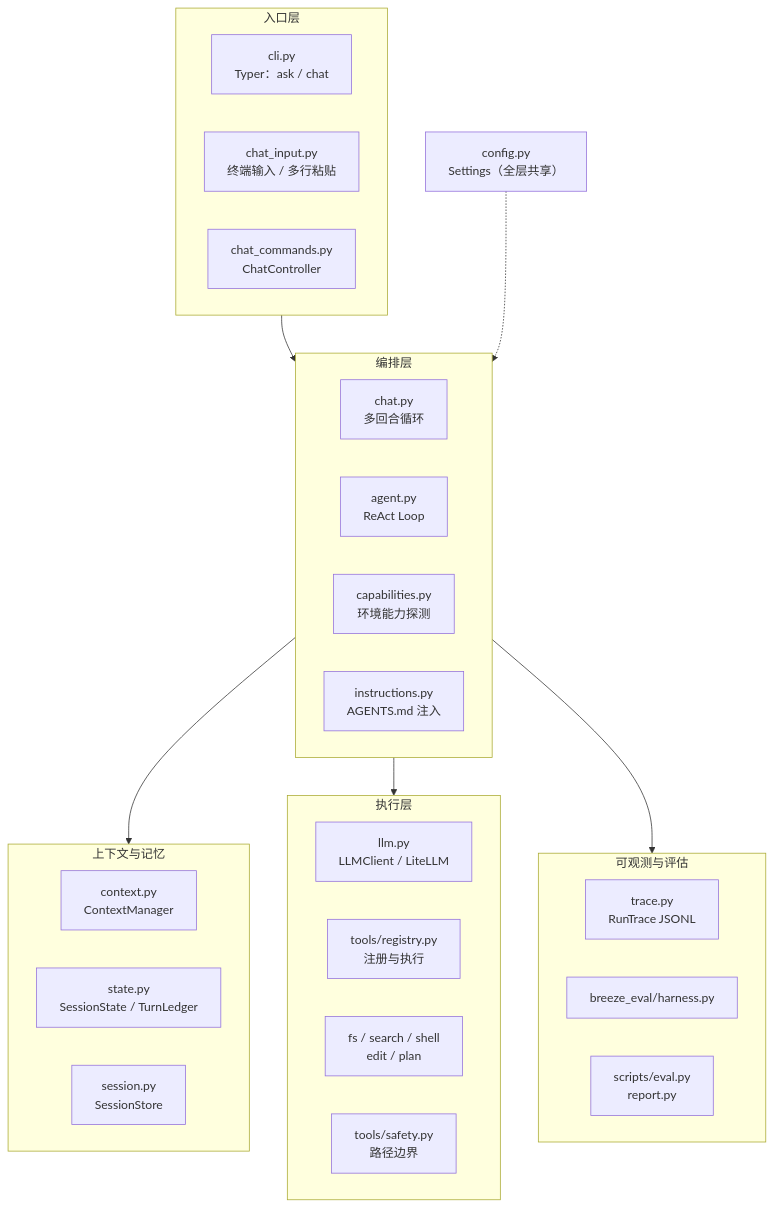
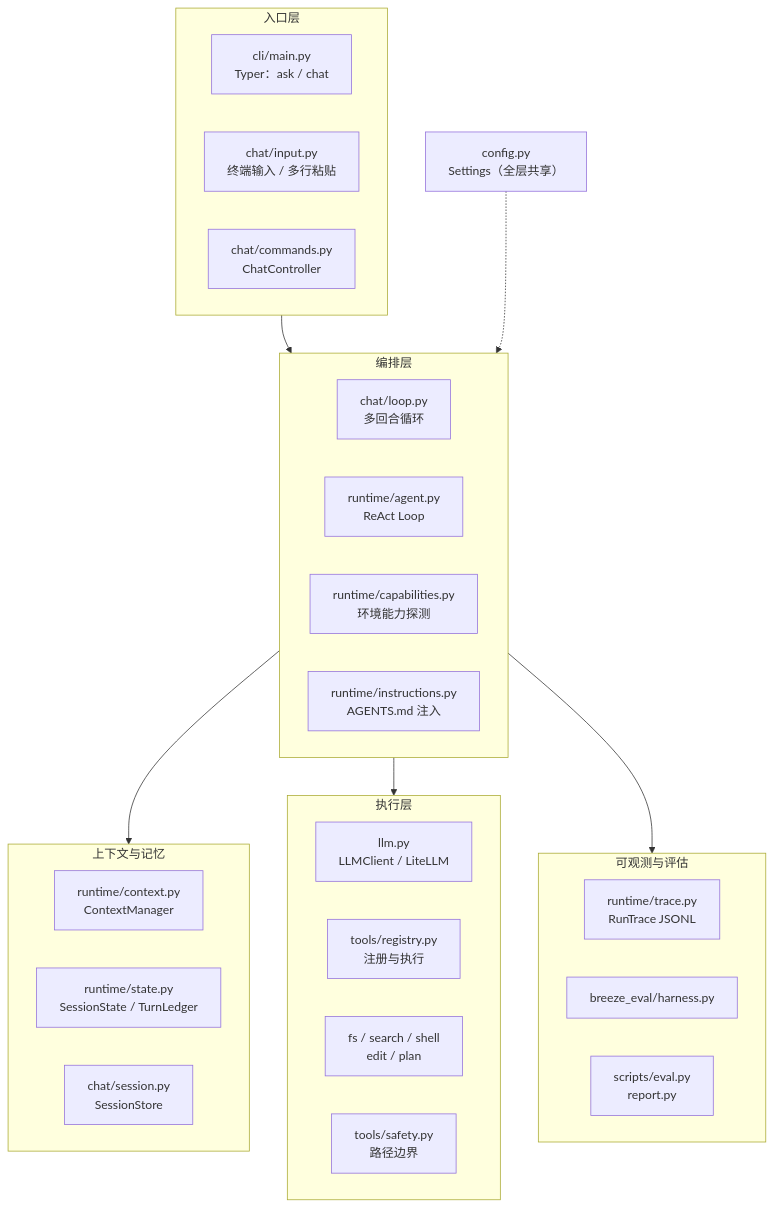
One commit to 573486592837/Breeze changed the first of 11 diagrams in docs/ARCHITECTURE.md. Above: the diagram before and after it, drawn with Mermaid. The commit also changed other lines of this file and 41 other files, not shown here.

First line of the commit message:
refactor(pkg): 按 cli/chat/runtime 子包整理模块

````diff
--- a/docs/ARCHITECTURE.md
+++ b/docs/ARCHITECTURE.md
@@ -24,47 +24,47 @@
 ```mermaid
 flowchart TB
     subgraph L1["入口层"]
         direction LR
-        CLI["cli.py<br/>Typer：ask / chat"]
-        INPUT["chat_input.py<br/>终端输入 / 多行粘贴"]
-        CMD["chat_commands.py<br/>ChatController"]
+        CLI["cli/main.py<br/>Typer：ask / chat"]
+        INPUT["chat/input.py<br/>终端输入 / 多行粘贴"]
+        CMD["chat/commands.py<br/>ChatController"]
     end
 
     subgraph L2["编排层"]
         direction LR
-        CHAT["chat.py<br/>多回合循环"]
-        AGENT["agent.py<br/>ReAct Loop"]
-        CAP["capabilities.py<br/>环境能力探测"]
-        INS["instructions.py<br/>AGENTS.md 注入"]
+        CHAT["chat/loop.py<br/>多回合循环"]
+        AGENT["runtime/agent.py<br/>ReAct Loop"]
+        CAP["runtime/capabilities.py<br/>环境能力探测"]
+        INS["runtime/instructions.py<br/>AGENTS.md 注入"]
     end
 
     subgraph L3["上下文与记忆"]
         direction LR
-        CTX["context.py<br/>ContextManager"]
-        STATE["state.py<br/>SessionState / TurnLedger"]
-        SESSION["session.py<br/>SessionStore"]
+        CTX["runtime/context.py<br/>ContextManager"]
+        STATE["runtime/state.py<br/>SessionState / TurnLedger"]
+        SESSION["chat/session.py<br/>SessionStore"]
     end
 
     subgraph L4["执行层"]
         direction LR
         LLM["llm.py<br/>LLMClient / LiteLLM"]
         REG["tools/registry.py<br/>注册与执行"]
         TOOLS["fs / search / shell<br/>edit / plan"]
         SAFETY["tools/safety.py<br/>路径边界"]
     end
 
     subgraph L5["可观测与评估"]
         direction LR
-        TRACE["trace.py<br/>RunTrace JSONL"]
+        TRACE["runtime/trace.py<br/>RunTrace JSONL"]
         EVAL["breeze_eval/harness.py"]
         SCRIPTS["scripts/eval.py<br/>report.py"]
     end
 
     CFG["config.py<br/>Settings（全层共享）"]
 
     L1 --> L2
     L2 --> L3
     L2 --> L4
     L2 --> L5
     CFG -.-> L2
 ```
````
